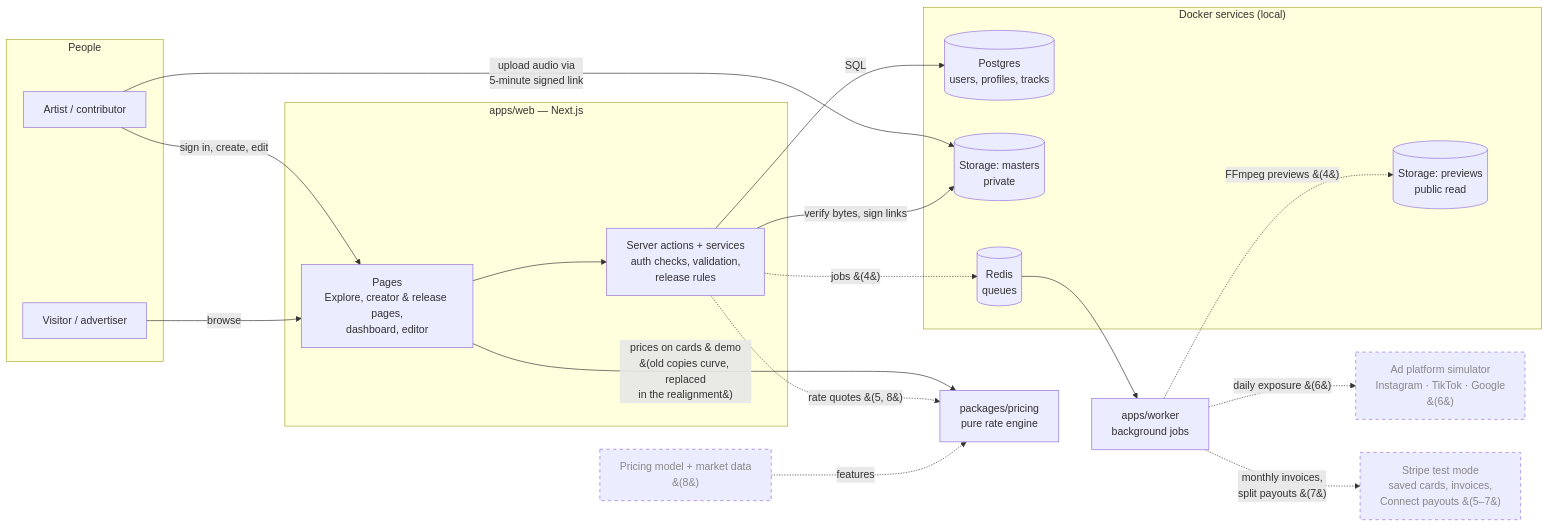
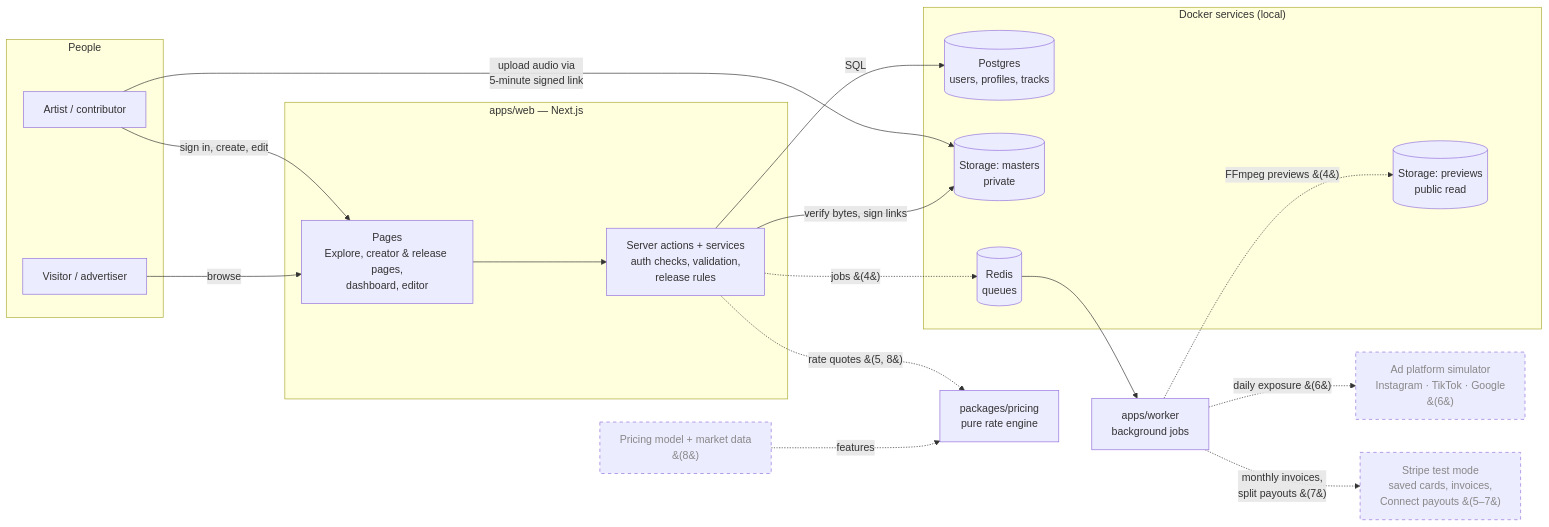
The diagram in docs/ARCHITECTURE.md (dorsta123/ferrel-forge), drawn with Mermaid before and after one commit. The commit also changed other lines of this file and 3 other files, not shown here.

Commit message:
Update architecture, CLAUDE.md, plan and roadmap for PR B

````diff
--- a/docs/ARCHITECTURE.md
+++ b/docs/ARCHITECTURE.md
@@ -5,43 +5,42 @@
 ```mermaid
 flowchart LR
   subgraph People
     A[Artist / contributor]
     V[Visitor / advertiser]
   end
 
   subgraph Web["apps/web — Next.js"]
     P[Pages<br/>Explore, creator & release pages,<br/>dashboard, editor]
     SA[Server actions + services<br/>auth checks, validation,<br/>release rules]
   end
 
   subgraph Data["Docker services (local)"]
     PG[(Postgres<br/>users, profiles, tracks)]
     S3M[(Storage: masters<br/>private)]
     S3P[(Storage: previews<br/>public read)]
     R[(Redis<br/>queues)]
   end
 
   W[apps/worker<br/>background jobs]
   PR[packages/pricing<br/>pure rate engine]
 
   SIM[Ad platform simulator<br/>Instagram · TikTok · Google<br/>&#40;6&#41;]:::planned
   ST[Stripe test mode<br/>saved cards, invoices,<br/>Connect payouts &#40;5–7&#41;]:::planned
   ML[Pricing model + market data<br/>&#40;8&#41;]:::planned
 
   A -- sign in, create, edit --> P
   V -- browse --> P
   P --> SA
   SA -- SQL --> PG
   A -- upload audio via<br/>5-minute signed link --> S3M
   SA -- verify bytes, sign links --> S3M
   SA -. jobs &#40;4&#41; .-> R
   R --> W
   W -. FFmpeg previews &#40;4&#41; .-> S3P
   W -. daily exposure &#40;6&#41; .-> SIM
   W -. monthly invoices,<br/>split payouts &#40;7&#41; .-> ST
-  P -- prices on cards & demo<br/>&#40;old copies curve, replaced<br/>in the realignment&#41; --> PR
   SA -. rate quotes &#40;5, 8&#41; .-> PR
   ML -. features .-> PR
 
   classDef planned stroke-dasharray: 5 5,color:#888
 ```
````
